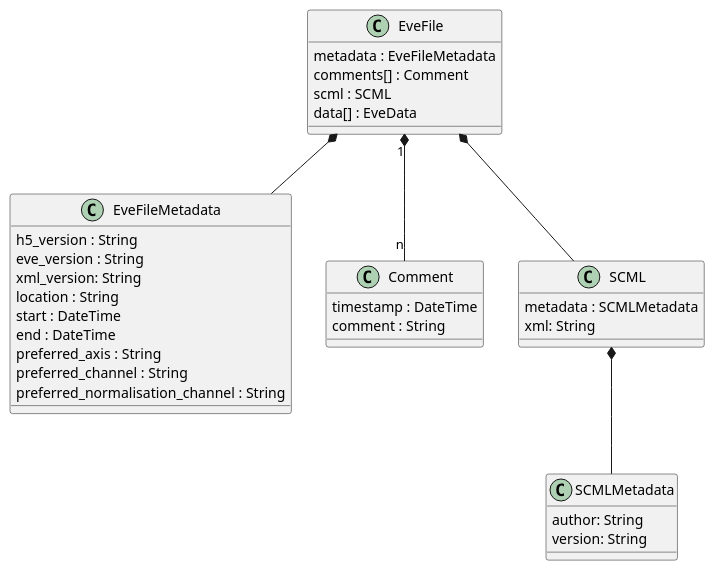
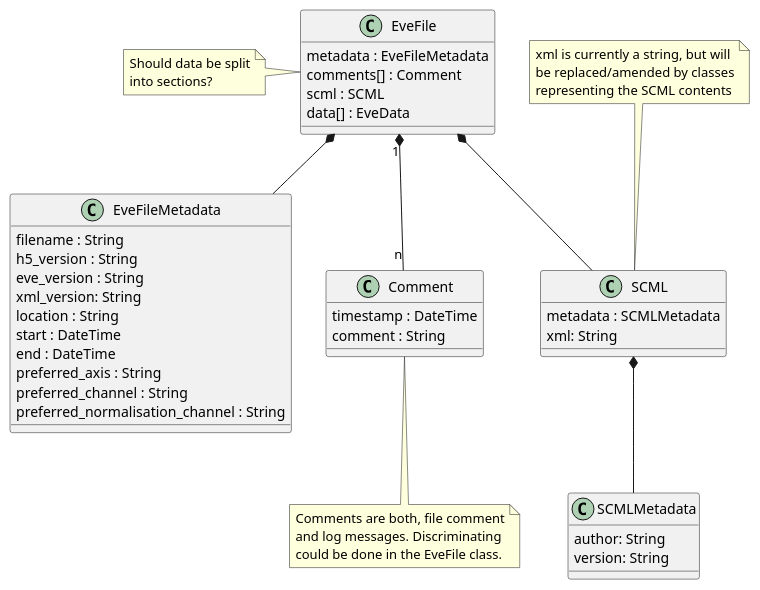
Before and after one commit to tillbiskup/evedata: the diagram in docs/uml/evedata.evefile.puml, drawn with PlantUML. The commit also changed 4 other files, not shown here.

Commit message:
Update UML diagrams

```diff
--- a/docs/uml/evedata.evefile.puml
+++ b/docs/uml/evedata.evefile.puml
@@ -1,42 +1,46 @@
 @startuml
 
 class EveFile {
     metadata : EveFileMetadata
     comments[] : Comment
     scml : SCML
     data[] : EveData
 }
+note left: Should data be split\ninto sections?
 
 class EveFileMetadata{
+    filename : String
     h5_version : String
     eve_version : String
     xml_version: String
     location : String
     start : DateTime
     end : DateTime
     preferred_axis : String
     preferred_channel : String
     preferred_normalisation_channel : String
 }
 
 class Comment {
     timestamp : DateTime
     comment : String
 }
+note bottom: Comments are both, file comment\nand log messages. Discriminating\ncould be done in the EveFile class. 
 
 class SCML {
     metadata : SCMLMetadata
     xml: String
 }
+note top: xml is currently a string, but will\nbe replaced/amended by classes\nrepresenting the SCML contents
 
 class SCMLMetadata {
     author: String
     version: String
 }
 
 EveFile *-- EveFileMetadata
 EveFile "1" *-- "n" Comment
 EveFile *-- SCML
 SCML *-- SCMLMetadata
 
 @enduml
```
